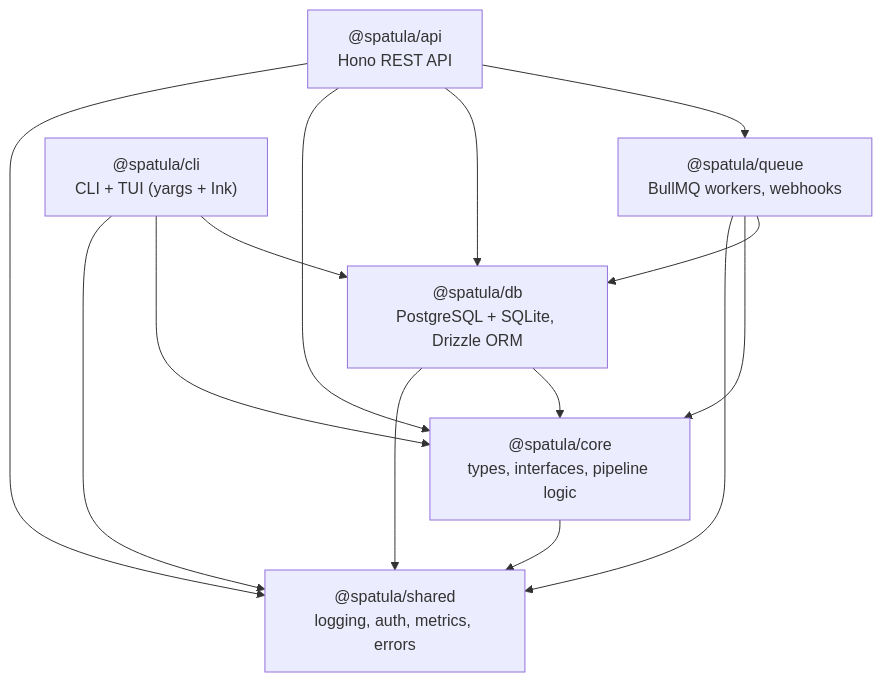
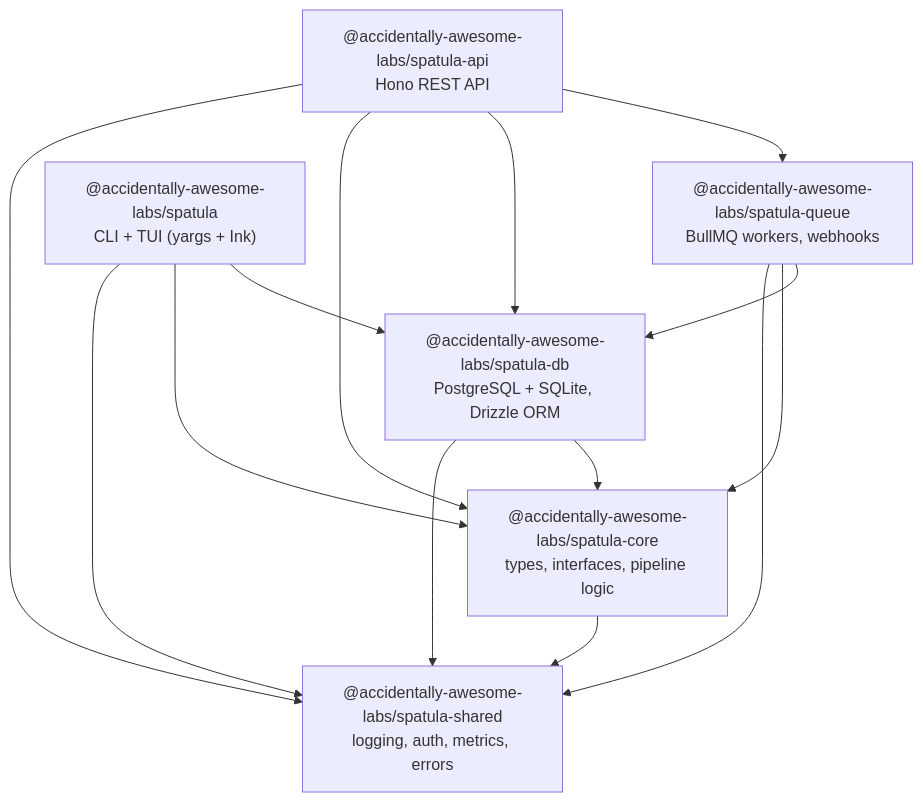
Before and after one commit to accidentally-awesome-labs/spatula: the first of 2 diagrams in docs/architecture.md, drawn with Mermaid. The commit also changed other lines of this file and 402 other files, not shown here.

````diff
--- a/docs/architecture.md
+++ b/docs/architecture.md
@@ -17,23 +17,23 @@
 ```mermaid
 graph TD
-    shared["@spatula/shared<br/>logging, auth, metrics, errors"]
-    core["@spatula/core<br/>types, interfaces, pipeline logic"]
-    db["@spatula/db<br/>PostgreSQL + SQLite, Drizzle ORM"]
-    queue["@spatula/queue<br/>BullMQ workers, webhooks"]
-    api["@spatula/api<br/>Hono REST API"]
-    cli["@spatula/cli<br/>CLI + TUI (yargs + Ink)"]
+    shared["@accidentally-awesome-labs/spatula-shared<br/>logging, auth, metrics, errors"]
+    core["@accidentally-awesome-labs/spatula-core<br/>types, interfaces, pipeline logic"]
+    db["@accidentally-awesome-labs/spatula-db<br/>PostgreSQL + SQLite, Drizzle ORM"]
+    queue["@accidentally-awesome-labs/spatula-queue<br/>BullMQ workers, webhooks"]
+    api["@accidentally-awesome-labs/spatula-api<br/>Hono REST API"]
+    cli["@accidentally-awesome-labs/spatula<br/>CLI + TUI (yargs + Ink)"]
 
     core --> shared
     db --> shared
     db --> core
     queue --> shared
     queue --> core
     queue --> db
     api --> shared
     api --> core
     api --> db
     api --> queue
     cli --> shared
     cli --> core
     cli --> db
 ```
````
